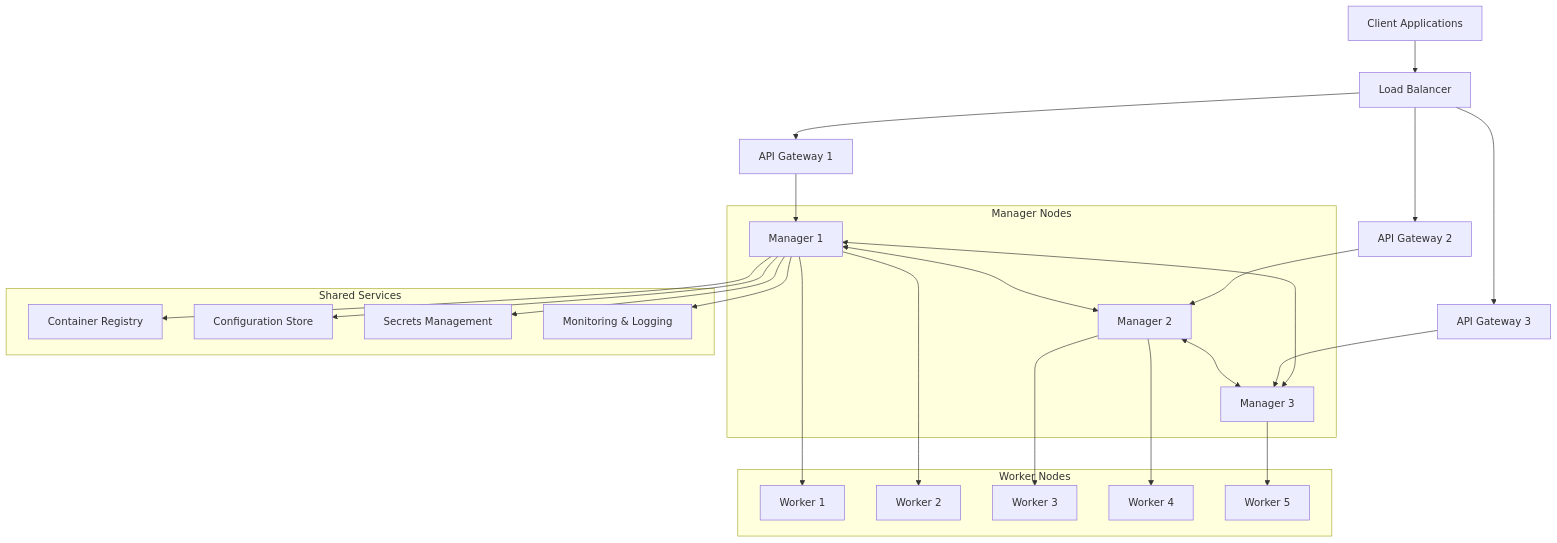
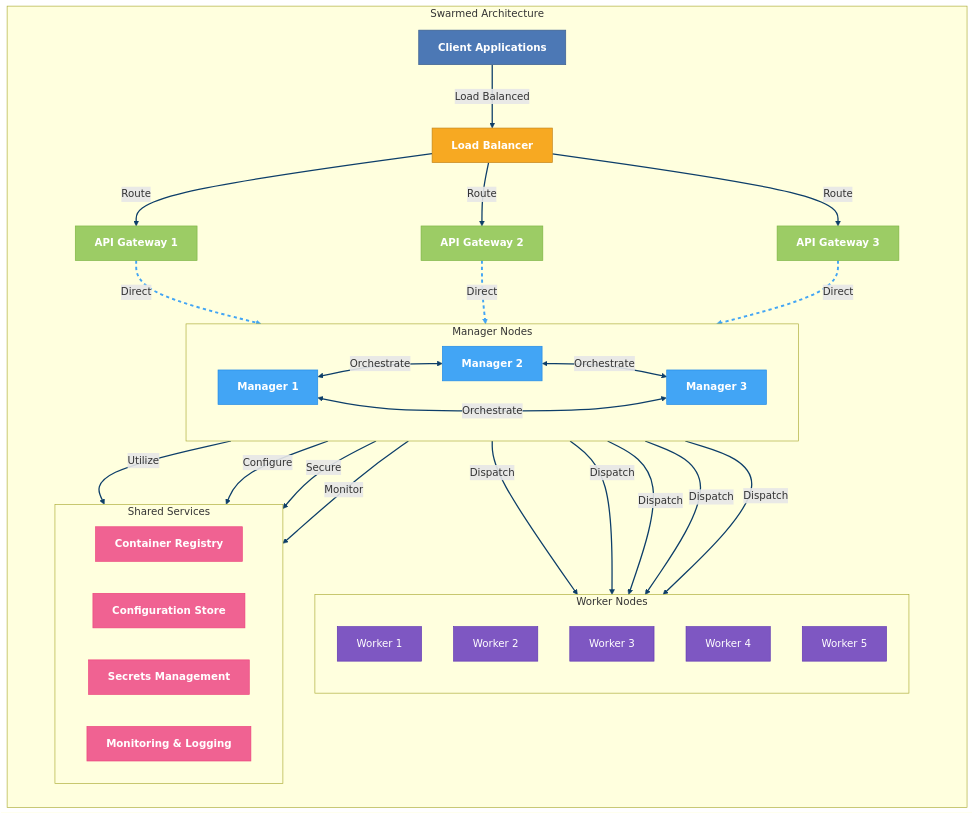
Before and after one commit to Vortx-AI/memories-dev: the seventh of 7 diagrams in README.md, drawn with Mermaid. The commit also changed other lines of this file, not shown here.

Commit message:
Enhance Mermaid diagrams with improved styling, flow indicators, and visual hierarchy

````diff
--- a/README.md
+++ b/README.md
@@ -467,47 +532,72 @@
 ```mermaid
+%%{init: { 'theme': 'default', 'themeVariables': { 'primaryColor': '#0F4C81', 'primaryTextColor': '#fff', 'primaryBorderColor': '#0D3E69', 'lineColor': '#0D3E69', 'secondaryColor': '#41B883', 'tertiaryColor': '#F7A922' } }}%%
 graph TD
-    Client[Client Applications] --> LB[Load Balancer]
-    LB --> API1[API Gateway 1]
-    LB --> API2[API Gateway 2]
-    LB --> API3[API Gateway 3]
-    
-    subgraph "Manager Nodes"
-        Manager1[Manager 1]
-        Manager2[Manager 2]
-        Manager3[Manager 3]
+    subgraph SwarmArch["Swarmed Architecture"]
+        direction TB
         
-        Manager1 <--> Manager2
-        Manager2 <--> Manager3
-        Manager3 <--> Manager1
+        Client[Client Applications] -->|"Load Balanced"| LB[Load Balancer]
+        LB -->|"Route"| API1[API Gateway 1]
+        LB -->|"Route"| API2[API Gateway 2]
+        LB -->|"Route"| API3[API Gateway 3]
+        
+        subgraph "Manager Nodes"
+            direction LR
+            Manager1[Manager 1]
+            Manager2[Manager 2]
+            Manager3[Manager 3]
+            
+            Manager1 <-->|"Orchestrate"| Manager2
+            Manager2 <-->|"Orchestrate"| Manager3
+            Manager3 <-->|"Orchestrate"| Manager1
+        end
+        
+        API1 -->|"Direct"| Manager1
+        API2 -->|"Direct"| Manager2
+        API3 -->|"Direct"| Manager3
+        
+        subgraph "Worker Nodes"
+            direction TB
+            Worker1[Worker 1]
+            Worker2[Worker 2]
+            Worker3[Worker 3]
+            Worker4[Worker 4]
+            Worker5[Worker 5]
+        end
+        
+        Manager1 -->|"Dispatch"| Worker1
+        Manager1 -->|"Dispatch"| Worker2
+        Manager2 -->|"Dispatch"| Worker3
+        Manager2 -->|"Dispatch"| Worker4
+        Manager3 -->|"Dispatch"| Worker5
+        
+        subgraph "Shared Services"
+            direction LR
+            Registry[Container Registry]
+            Config[Configuration Store]
+            Secrets[Secrets Management]
+            Monitoring[Monitoring & Logging]
+        end
+        
+        Manager1 -->|"Utilize"| Registry
+        Manager1 -->|"Configure"| Config
+        Manager1 -->|"Secure"| Secrets
+        Manager1 -->|"Monitor"| Monitoring
     end
     
-    API1 --> Manager1
-    API2 --> Manager2
-    API3 --> Manager3
+    classDef client fill:#4C78B5,stroke:#3A5D8C,color:white,font-weight:bold,rounded:true
+    classDef loadbal fill:#F7A922,stroke:#BF821A,color:white,font-weight:bold,rounded:true
+    classDef gateway fill:#9CCC65,stroke:#7CB342,color:white,font-weight:bold,rounded:true
+    classDef manager fill:#42A5F5,stroke:#1E88E5,color:white,font-weight:bold,rounded:true
+    classDef worker fill:#7E57C2,stroke:#5E35B1,color:white,rounded:true
+    classDef service fill:#F06292,stroke:#EC407A,color:white,font-weight:bold,rounded:true
     
-    subgraph "Worker Nodes"
-        Worker1[Worker 1]
-        Worker2[Worker 2]
-        Worker3[Worker 3]
-        Worker4[Worker 4]
-        Worker5[Worker 5]
-    end
+    class Client client
+    class LB loadbal
+    class API1,API2,API3 gateway
+    class Manager1,Manager2,Manager3 manager
+    class Worker1,Worker2,Worker3,Worker4,Worker5 worker
+    class Registry,Config,Secrets,Monitoring service
     
-    Manager1 --> Worker1
-    Manager1 --> Worker2
-    Manager2 --> Worker3
-    Manager2 --> Worker4
-    Manager3 --> Worker5
-    
-    subgraph "Shared Services"
-        Registry[Container Registry]
-        Config[Configuration Store]
-        Secrets[Secrets Management]
-        Monitoring[Monitoring & Logging]
-    end
-    
-    Manager1 --> Registry
-    Manager1 --> Config
-    Manager1 --> Secrets
-    Manager1 --> Monitoring
+    linkStyle default stroke-width:2px,fill:none,curve:basis
+    linkStyle 7,8,9 stroke:#42A5F5,stroke-width:3px,stroke-dasharray:5 5
 ```
````
